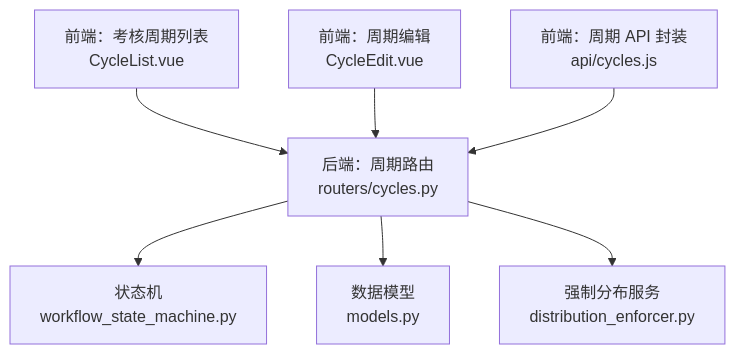
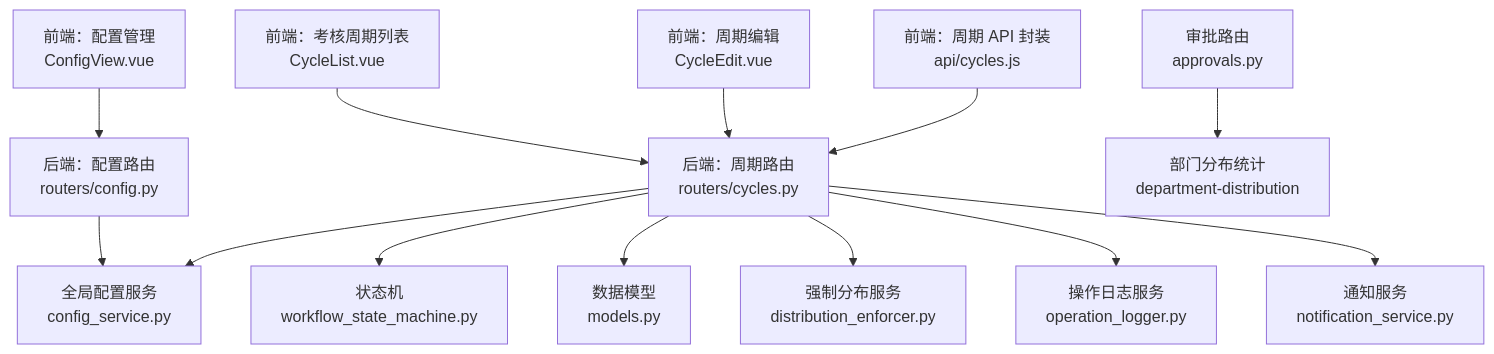
One commit to xgd561/performance_evaluation_system changed the first of 13 diagrams in .qoder/repowiki/zh/content/考核周期管理/考核周期管理.md. Above: the diagram before and after it, drawn with Mermaid. The commit also changed other lines of this file and 136 other files, not shown here.

````diff
--- a/.qoder/repowiki/zh/content/考核周期管理/考核周期管理.md
+++ b/.qoder/repowiki/zh/content/考核周期管理/考核周期管理.md
@@ -36,9 +58,15 @@
 ```mermaid
 graph TB
 FE_CycleList["前端：考核周期列表<br/>CycleList.vue"] --> API_Cycles["后端：周期路由<br/>routers/cycles.py"]
 FE_CycleEdit["前端：周期编辑<br/>CycleEdit.vue"] --> API_Cycles
+FE_Config["前端：配置管理<br/>ConfigView.vue"] --> API_Config["后端：配置路由<br/>routers/config.py"]
 FE_Apis["前端：周期 API 封装<br/>api/cycles.js"] --> API_Cycles
+API_Cycles --> ConfigService["全局配置服务<br/>config_service.py"]
 API_Cycles --> StateMachine["状态机<br/>workflow_state_machine.py"]
 API_Cycles --> Models["数据模型<br/>models.py"]
 API_Cycles --> Distribution["强制分布服务<br/>distribution_enforcer.py"]
+API_Cycles --> OpLogger["操作日志服务<br/>operation_logger.py"]
+API_Cycles --> NotifySvc["通知服务<br/>notification_service.py"]
+API_Approvals["审批路由<br/>approvals.py"] --> DeptStats["部门分布统计<br/>department-distribution"]
+API_Config --> ConfigService
 ```
````
